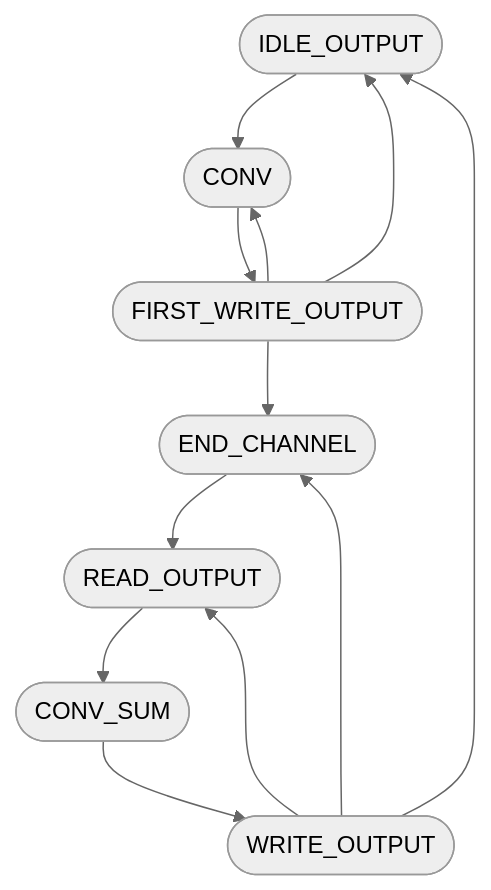
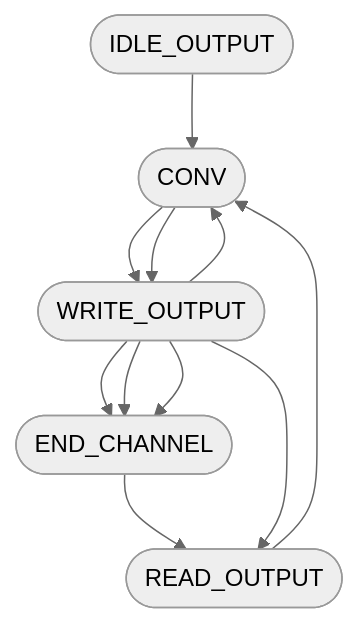
The second of 2 diagrams in rtl/control-sum/README.md (tarsioonofrio/FastConv_SystemVerilog), drawn with Mermaid (neutral theme) before and after one commit. The commit also changed other lines of this file, not shown here.

````diff
--- a/rtl/control-sum/README.md
+++ b/rtl/control-sum/README.md
@@ -71,9 +75,7 @@
 ```mermaid
 flowchart TB
-    I(["IDLE_OUTPUT"]) --> C(["CONV"]) --> FW(["FIRST_WRITE_OUTPUT"]) --> E(["END_CHANNEL"]) --> R(["READ_OUTPUT"]) --> CS(["CONV_SUM"]) --> W(["WRITE_OUTPUT"])
-    FW --> C
-    FW --> I
+    I(["IDLE_OUTPUT"]) --> C(["CONV"]) --> W(["WRITE_OUTPUT"]) --> E(["END_CHANNEL"]) --> R(["READ_OUTPUT"]) --> C(["CONV"]) --> W(["WRITE_OUTPUT"]) --> E(["END_CHANNEL"])
+    W --> C
     W --> R
     W --> E
-    W --> I
 ```
````
